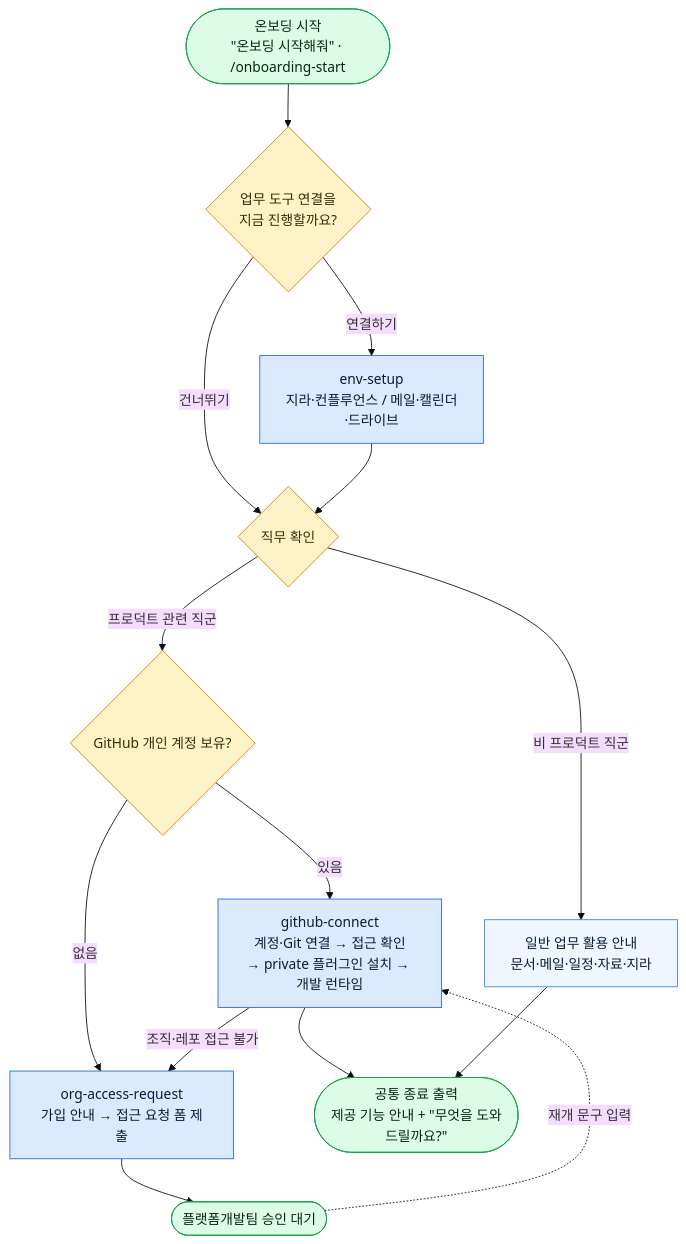
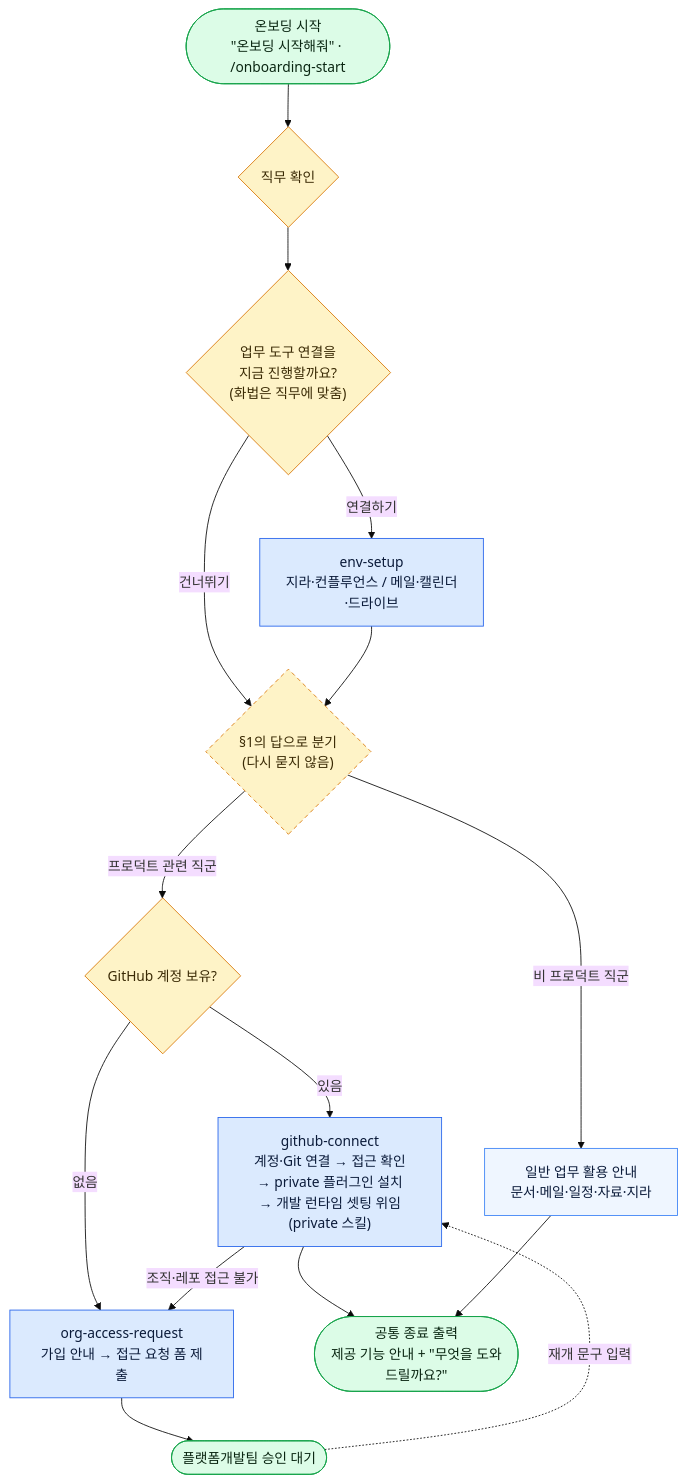
Before and after one commit to VntgCorp/terroir-claude-plugin-public: the diagram in plugins/terroir-onboarding/README.md, drawn with Mermaid (base theme). The commit also changed other lines of this file and 4 other files, not shown here.

````diff
--- a/plugins/terroir-onboarding/README.md
+++ b/plugins/terroir-onboarding/README.md
@@ -34,42 +34,46 @@
 ```mermaid
 flowchart TD
     START(["온보딩 시작<br/>&quot;온보딩 시작해줘&quot; · /onboarding-start"])
 
-    Q1{"업무 도구 연결을<br/>지금 진행할까요?"}
+    Q1{"직무 확인"}
+    Q2{"업무 도구 연결을<br/>지금 진행할까요?<br/>(화법은 직무에 맞춤)"}
     ENV["env-setup<br/>지라·컨플루언스 / 메일·캘린더·드라이브"]
-    Q2{"직무 확인"}
-    Q3{"GitHub 개인 계정 보유?"}
+    BR{"§1의 답으로 분기<br/>(다시 묻지 않음)"}
+    Q3{"GitHub 계정 보유?"}
 
-    GH["github-connect<br/>계정·Git 연결 → 접근 확인<br/>→ private 플러그인 설치 → 개발 런타임"]
+    GH["github-connect<br/>계정·Git 연결 → 접근 확인<br/>→ private 플러그인 설치<br/>→ 개발 런타임 셋팅 위임(private 스킬)"]
     OA["org-access-request<br/>가입 안내 → 접근 요청 폼 제출"]
     WAIT(["플랫폼개발팀 승인 대기"])
     NP["일반 업무 활용 안내<br/>문서·메일·일정·자료·지라"]
 
     END(["공통 종료 출력<br/>제공 기능 안내 + &quot;무엇을 도와드릴까요?&quot;"])
 
     START --> Q1
-    Q1 -->|연결하기| ENV
-    Q1 -->|건너뛰기| Q2
-    ENV --> Q2
+    Q1 --> Q2
+    Q2 -->|연결하기| ENV
+    Q2 -->|건너뛰기| BR
+    ENV --> BR
 
-    Q2 -->|프로덕트 관련 직군| Q3
-    Q2 -->|비 프로덕트 직군| NP
+    BR -->|프로덕트 관련 직군| Q3
+    BR -->|비 프로덕트 직군| NP
 
     Q3 -->|있음| GH
     Q3 -->|없음| OA
     GH -->|조직·레포 접근 불가| OA
     OA --> WAIT
     WAIT -.->|재개 문구 입력| GH
 
     GH --> END
     NP --> END
 
     classDef skill fill:#dbeafe,stroke:#2563eb,color:#0b1b3a
     classDef gate fill:#fef3c7,stroke:#d97706,color:#3a2a05
     classDef term fill:#dcfce7,stroke:#16a34a,color:#0a2612
     classDef step fill:#eff6ff,stroke:#3b82f6,color:#0b1b3a
+    classDef branch fill:#fef3c7,stroke:#d97706,color:#3a2a05,stroke-dasharray:5 4
     class ENV,GH,OA skill
     class Q1,Q2,Q3 gate
+    class BR branch
     class START,END,WAIT term
     class NP step
 ```
````
